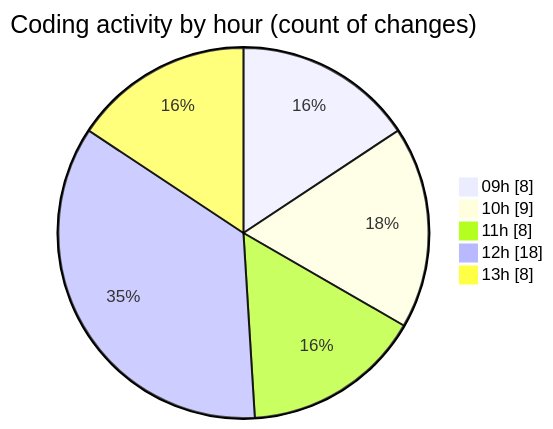
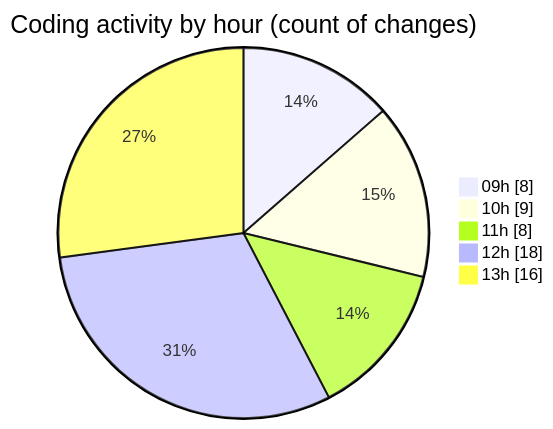
The second of 2 diagrams in 2025-02-25/cda/README.md (momahboobian/code-tracking), drawn with Mermaid before and after one commit. The commit also changed other lines of this file and 1 other file, not shown here.

````diff
--- a/2025-02-25/cda/README.md
+++ b/2025-02-25/cda/README.md
@@ -38,9 +42,9 @@
 ```mermaid
 pie showData
 title Coding activity by hour (count of changes)
 "09h" : 8
 "10h" : 9
 "11h" : 8
 "12h" : 18
-"13h" : 8
+"13h" : 16
 ```
````
